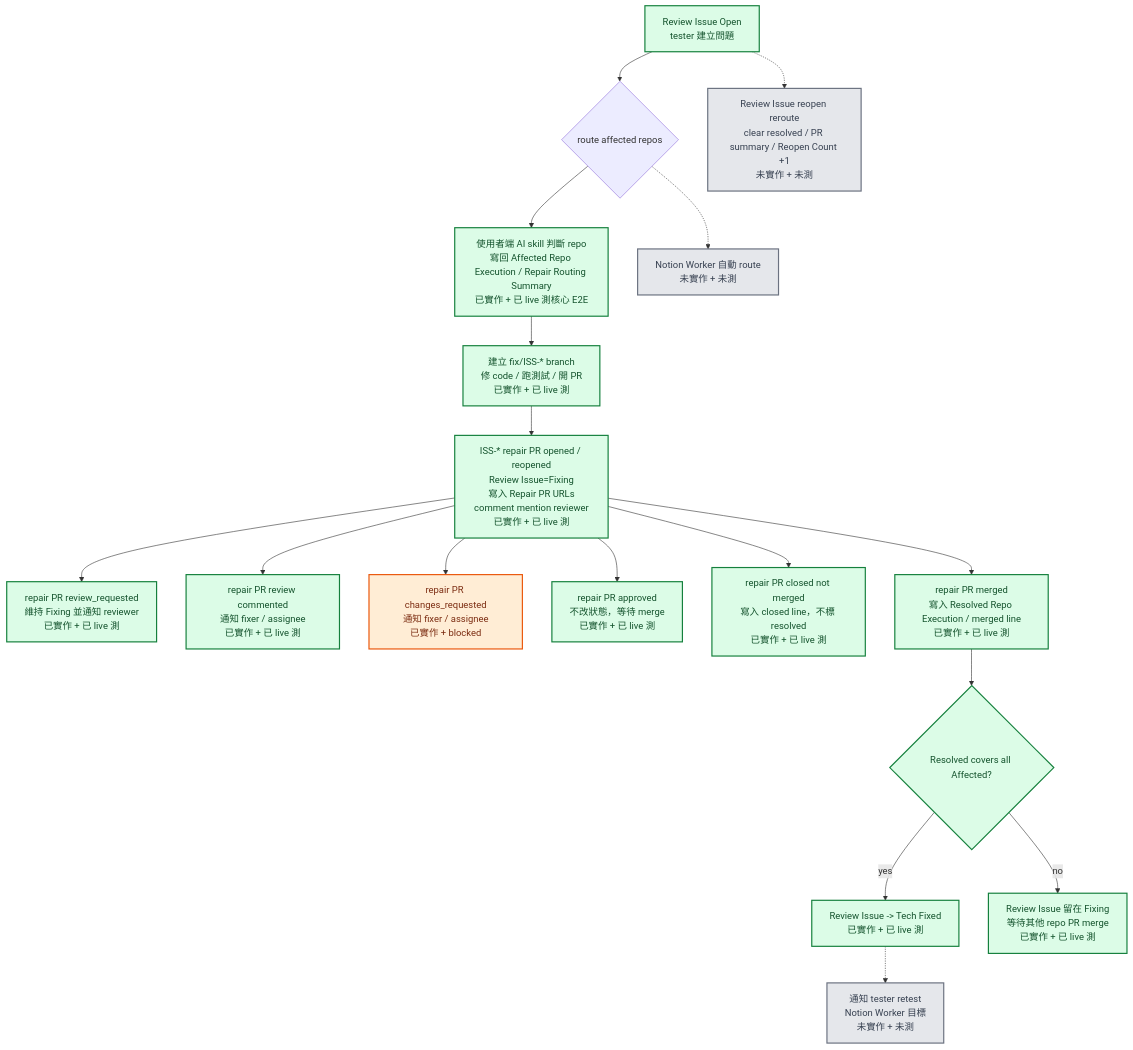
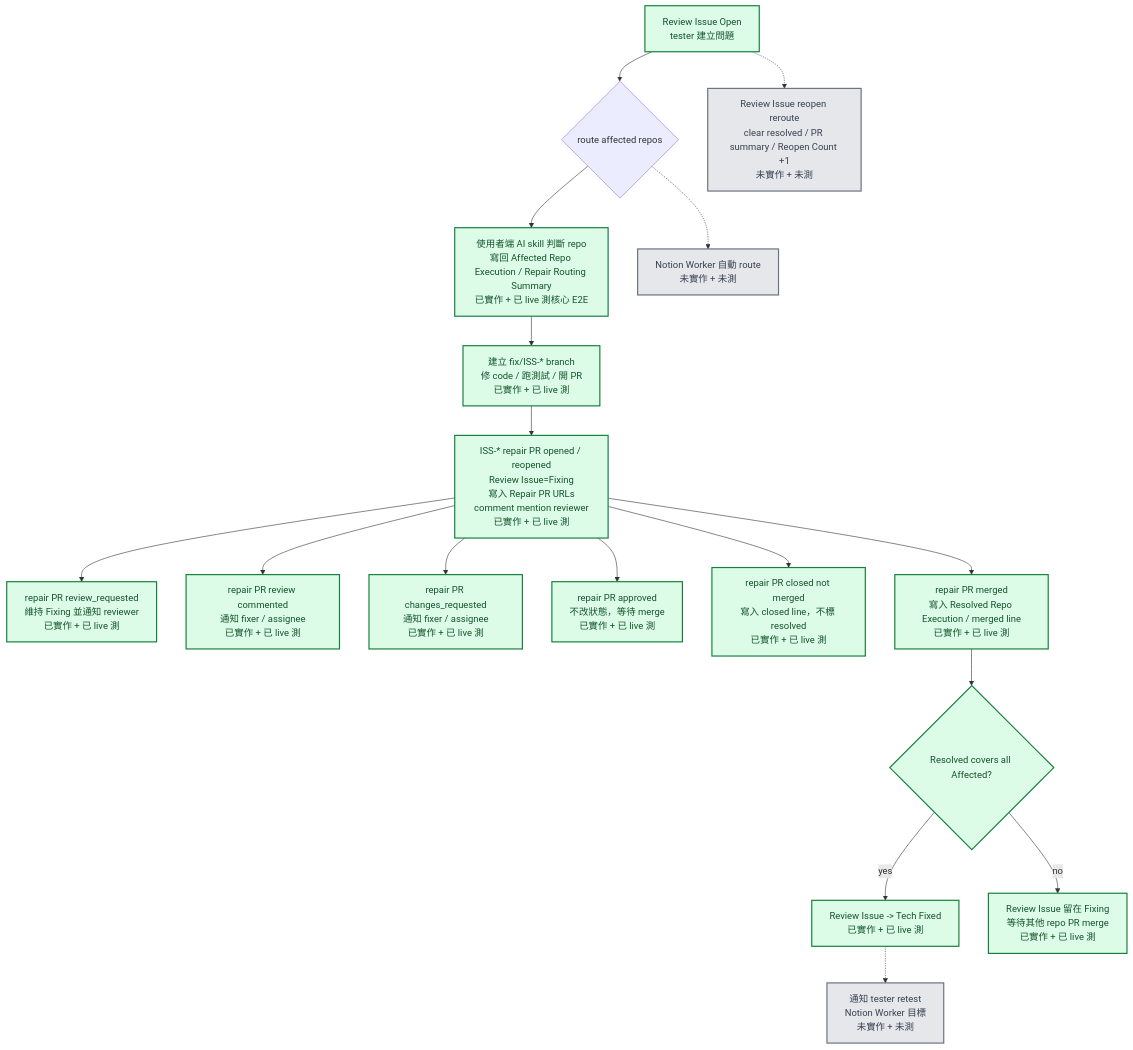
Before and after one commit to ARTOGO/github-docs: the fifth of 8 diagrams in docs/notion-automation-flow-map.md, drawn with Mermaid. The commit also changed other lines of this file and 3 other files, not shown here.

````diff
--- a/docs/notion-automation-flow-map.md
+++ b/docs/notion-automation-flow-map.md
@@ -123,27 +123,26 @@
 ```mermaid
 flowchart TD
   issueOpen["Review Issue Open<br/>tester 建立問題"] --> routeChoice{"route affected repos"}
   routeChoice --> aiRoute["使用者端 AI skill 判斷 repo<br/>寫回 Affected Repo Execution / Repair Routing Summary<br/>已實作 + 已 live 測核心 E2E"]
   routeChoice -.-> workerRoute["Notion Worker 自動 route<br/>未實作 + 未測"]
   aiRoute --> fixBranch["建立 fix/ISS-* branch<br/>修 code / 跑測試 / 開 PR<br/>已實作 + 已 live 測"]
   fixBranch --> repairOpen["ISS-* repair PR opened / reopened<br/>Review Issue=Fixing<br/>寫入 Repair PR URLs<br/>comment mention reviewer<br/>已實作 + 已 live 測"]
   repairOpen --> repairReviewReq["repair PR review_requested<br/>維持 Fixing 並通知 reviewer<br/>已實作 + 已 live 測"]
   repairOpen --> repairComment["repair PR review commented<br/>通知 fixer / assignee<br/>已實作 + 已 live 測"]
-  repairOpen --> repairChange["repair PR changes_requested<br/>通知 fixer / assignee<br/>已實作 + blocked"]
+  repairOpen --> repairChange["repair PR changes_requested<br/>通知 fixer / assignee<br/>已實作 + 已 live 測"]
   repairOpen --> repairApprove["repair PR approved<br/>不改狀態，等待 merge<br/>已實作 + 已 live 測"]
   repairOpen --> repairClosed["repair PR closed not merged<br/>寫入 closed line，不標 resolved<br/>已實作 + 已 live 測"]
   repairOpen --> repairMerged["repair PR merged<br/>寫入 Resolved Repo Execution / merged line<br/>已實作 + 已 live 測"]
   repairMerged --> allResolved{"Resolved covers all Affected?"}
   allResolved -- yes --> techFixed["Review Issue -> Tech Fixed<br/>已實作 + 已 live 測"]
   allResolved -- no --> keepFixing["Review Issue 留在 Fixing<br/>等待其他 repo PR merge<br/>已實作 + 已 live 測"]
   techFixed -.-> retest["通知 tester retest<br/>Notion Worker 目標<br/>未實作 + 未測"]
   issueOpen -.-> reopen["Review Issue reopen reroute<br/>clear resolved / PR summary / Reopen Count +1<br/>未實作 + 未測"]
 
   classDef done fill:#dcfce7,stroke:#15803d,color:#14532d,stroke-width:2px
   classDef blocked fill:#ffedd5,stroke:#ea580c,color:#7c2d12,stroke-width:2px
   classDef todo fill:#e5e7eb,stroke:#6b7280,color:#374151,stroke-width:2px
 
-  class issueOpen,aiRoute,fixBranch,repairOpen,repairReviewReq,repairComment,repairApprove,repairClosed,repairMerged,allResolved,techFixed,keepFixing done
-  class repairChange blocked
+  class issueOpen,aiRoute,fixBranch,repairOpen,repairReviewReq,repairComment,repairChange,repairApprove,repairClosed,repairMerged,allResolved,techFixed,keepFixing done
   class workerRoute,retest,reopen todo
 ```
````
